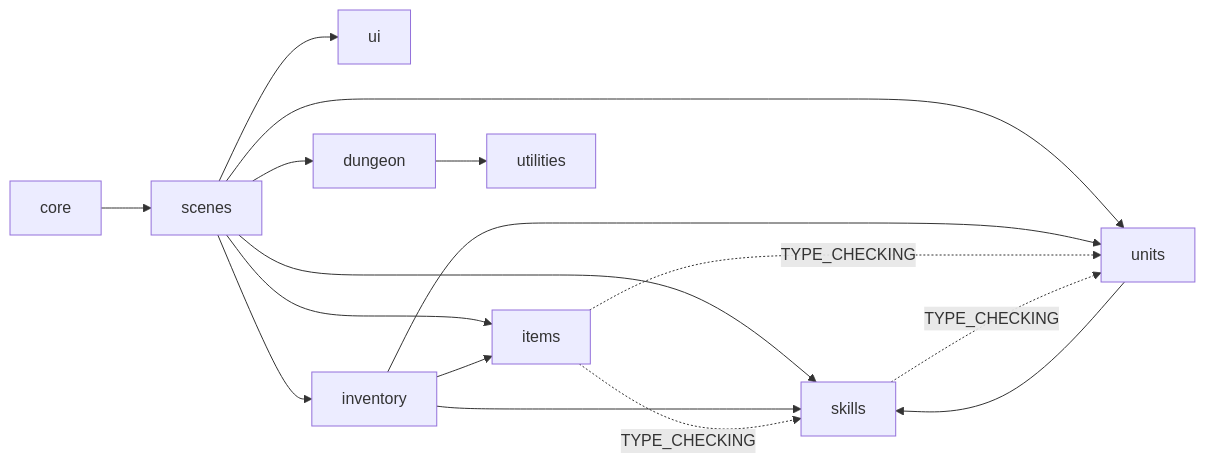
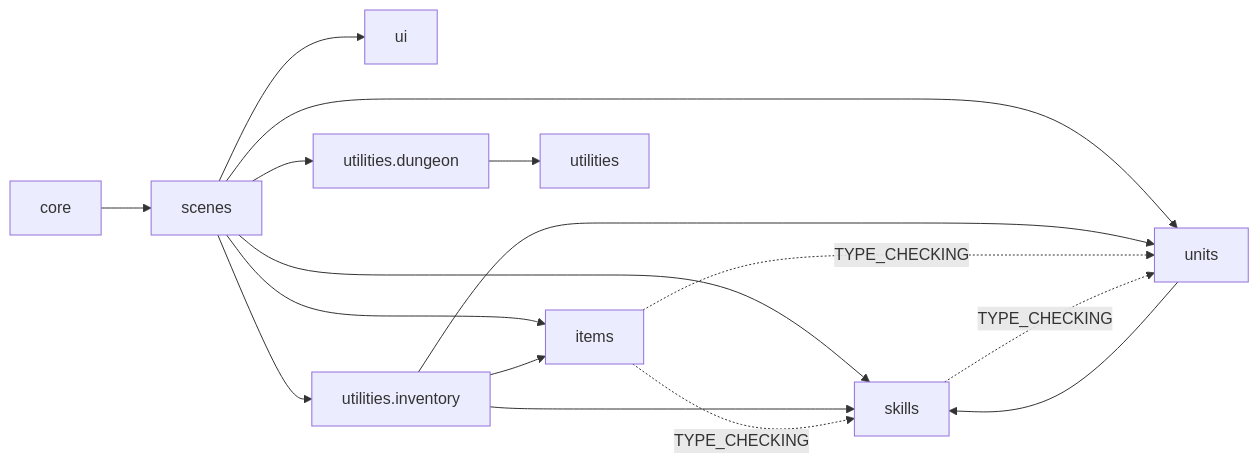
The diagram in docs/architecture.md (Ocean-2930/witchcraft), drawn with Mermaid before and after one commit. The commit also changed other lines of this file and 11 other files, not shown here.

````diff
--- a/docs/architecture.md
+++ b/docs/architecture.md
@@ -19,18 +19,18 @@
 ```mermaid
 flowchart LR
     Core["core"] --> Scenes["scenes"]
     Scenes --> UI["ui"]
-    Scenes --> Inventory["inventory"]
     Scenes --> Items["items"]
     Scenes --> Skills["skills"]
     Scenes --> Units["units"]
-    Scenes --> Dungeon["dungeon"]
+    Scenes --> Inventory["utilities.inventory"]
+    Scenes --> Dungeon["utilities.dungeon"]
     Dungeon --> Utilities["utilities"]
     Inventory --> Items
     Inventory --> Skills
     Inventory --> Units
     Units --> Skills
     Items -. "TYPE_CHECKING" .-> Skills
     Items -. "TYPE_CHECKING" .-> Units
     Skills -. "TYPE_CHECKING" .-> Units
 ```
````
